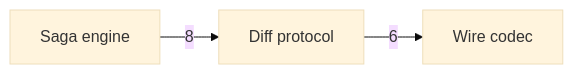
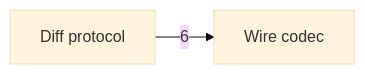
The diagram in docs/c4/diagrams/06-component-merkle-b.mmd (nickstrad/decentralized-object-store), drawn with Mermaid (base theme) before and after one commit. The commit also changed 28 other files, not shown here.

Commit message:
c4: redraw the diagrams as built: a node core that implements every package's interfaces, a node runtime, the object API over one service interface

```diff
--- a/docs/c4/diagrams/06-component-merkle-b.mmd
+++ b/docs/c4/diagrams/06-component-merkle-b.mmd
@@ -1,4 +1,3 @@
 %% draw-visual: -x 4 -y 1 -p 0
 graph LR
-  SAGA[Saga engine] -->|8| DIFF[Diff protocol]
-  DIFF -->|6| WIRE[Wire codec]
+  DIFF[Diff protocol] -->|6| WIRE[Wire codec]
```
